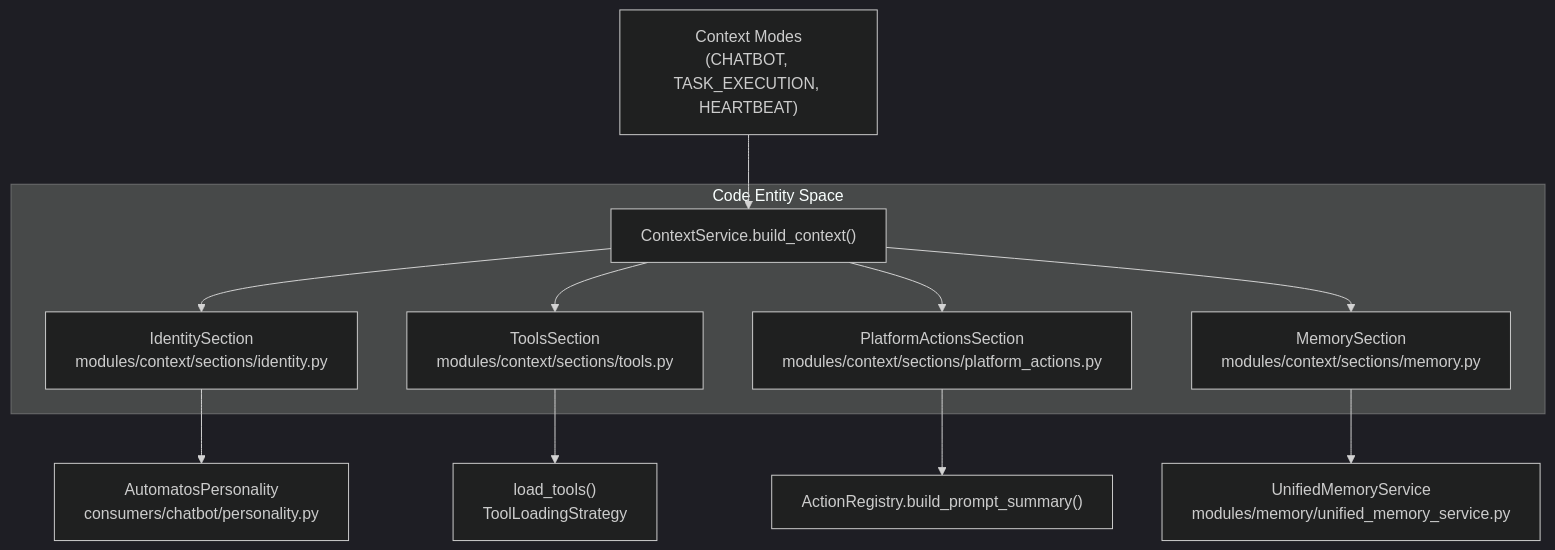
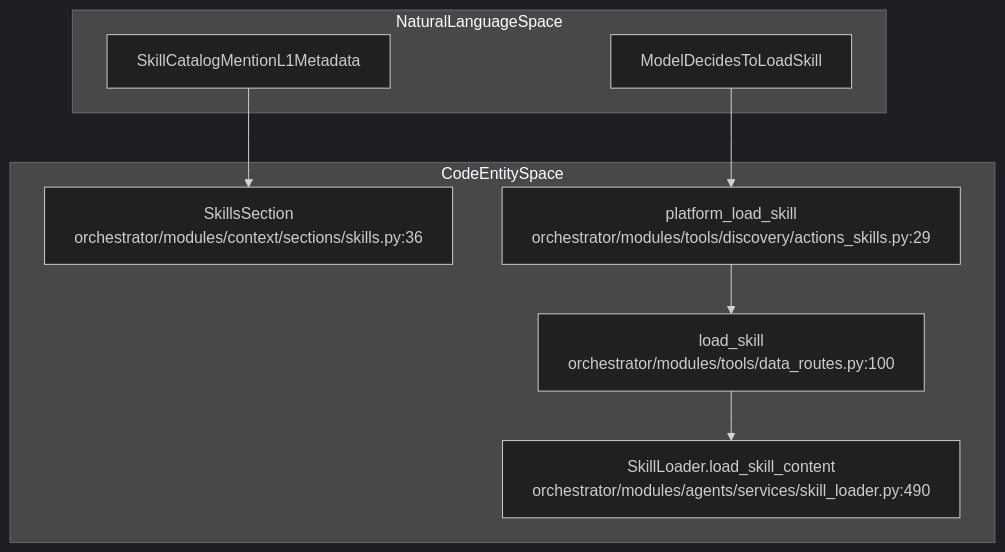
One commit to AutomatosAI/automatos-ai changed the second of 2 diagrams in docs/context-service/section-types.md. Above: the diagram before and after it, drawn with Mermaid (dark theme). The commit also changed other lines of this file and 188 other files, not shown here.

First line of the commit message:
docs: refresh architecture docs and add coverage for new subsystems (#1416)

````diff
--- a/docs/context-service/section-types.md
+++ b/docs/context-service/section-types.md
@@ -112,16 +171,19 @@
 ```mermaid
 graph TD
-    PromptMode["Context Modes<br/>(CHATBOT, TASK_EXECUTION, HEARTBEAT)"] --> ContextService["ContextService.build_context()"]
-
-    subgraph "Code Entity Space"
-        ContextService --> IdentitySec["IdentitySection<br/>modules/context/sections/identity.py"]
-        ContextService --> ToolsSec["ToolsSection<br/>modules/context/sections/tools.py"]
-        ContextService --> PlatformSec["PlatformActionsSection<br/>modules/context/sections/platform_actions.py"]
-        ContextService --> MemorySec["MemorySection<br/>modules/context/sections/memory.py"]
+    subgraph "NaturalLanguageSpace"
+        NL_SkillCatalog["SkillCatalogMentionL1Metadata"]
+        NL_ModelDecision["ModelDecidesToLoadSkill"]
     end
 
-    IdentitySec --> Personality["AutomatosPersonality<br/>consumers/chatbot/personality.py"]
-    ToolsSec --> ToolLoader["load_tools()<br/>ToolLoadingStrategy"]
-    PlatformSec --> ActionSummary["ActionRegistry.build_prompt_summary()"]
-    MemorySec --> MemService["UnifiedMemoryService<br/>modules/memory/unified_memory_service.py"]
+    subgraph "CodeEntitySpace"
+        SkillsSec["SkillsSection<br/>orchestrator/modules/context/sections/skills.py:36"]
+        LoadSkillTool["platform_load_skill<br/>orchestrator/modules/tools/discovery/actions_skills.py:29"]
+        Handler["load_skill<br/>orchestrator/modules/tools/data_routes.py:100"]
+        DBQuery["SkillLoader.load_skill_content<br/>orchestrator/modules/agents/services/skill_loader.py:490"]
+    end
+
+    NL_SkillCatalog --> SkillsSec
+    NL_ModelDecision --> LoadSkillTool
+    LoadSkillTool --> Handler
+    Handler --> DBQuery
 ```
````
